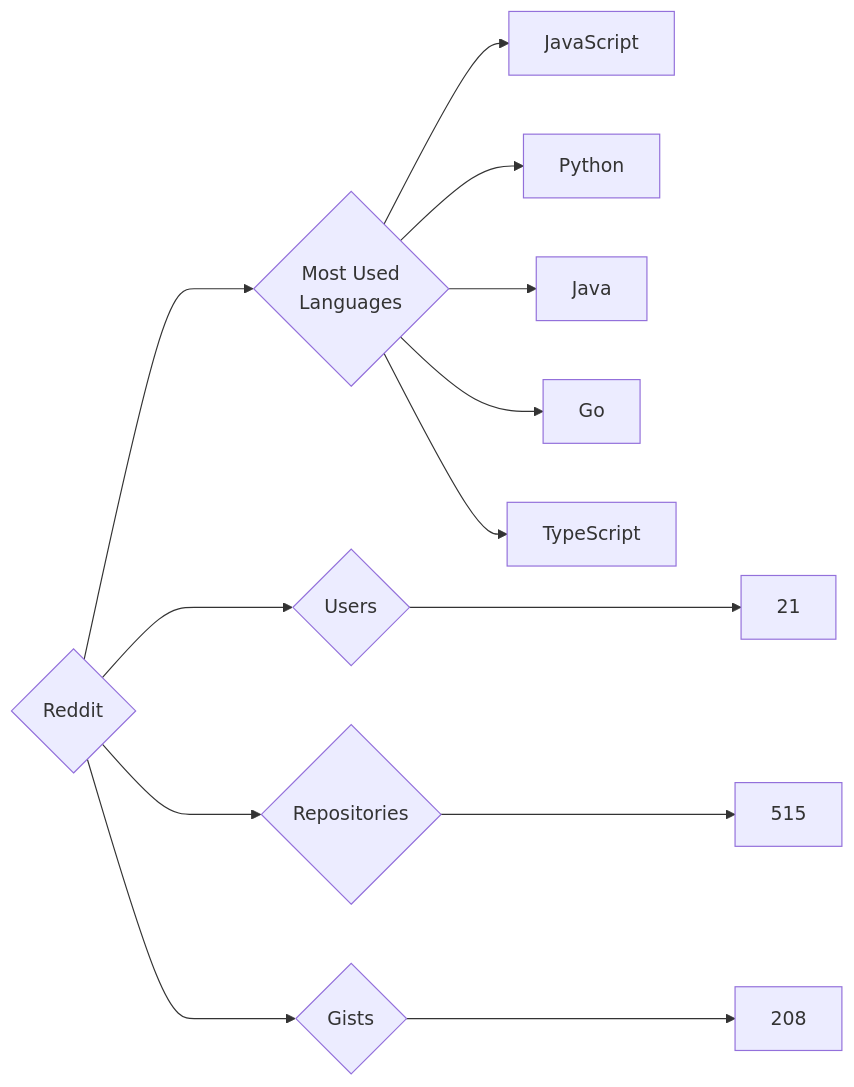
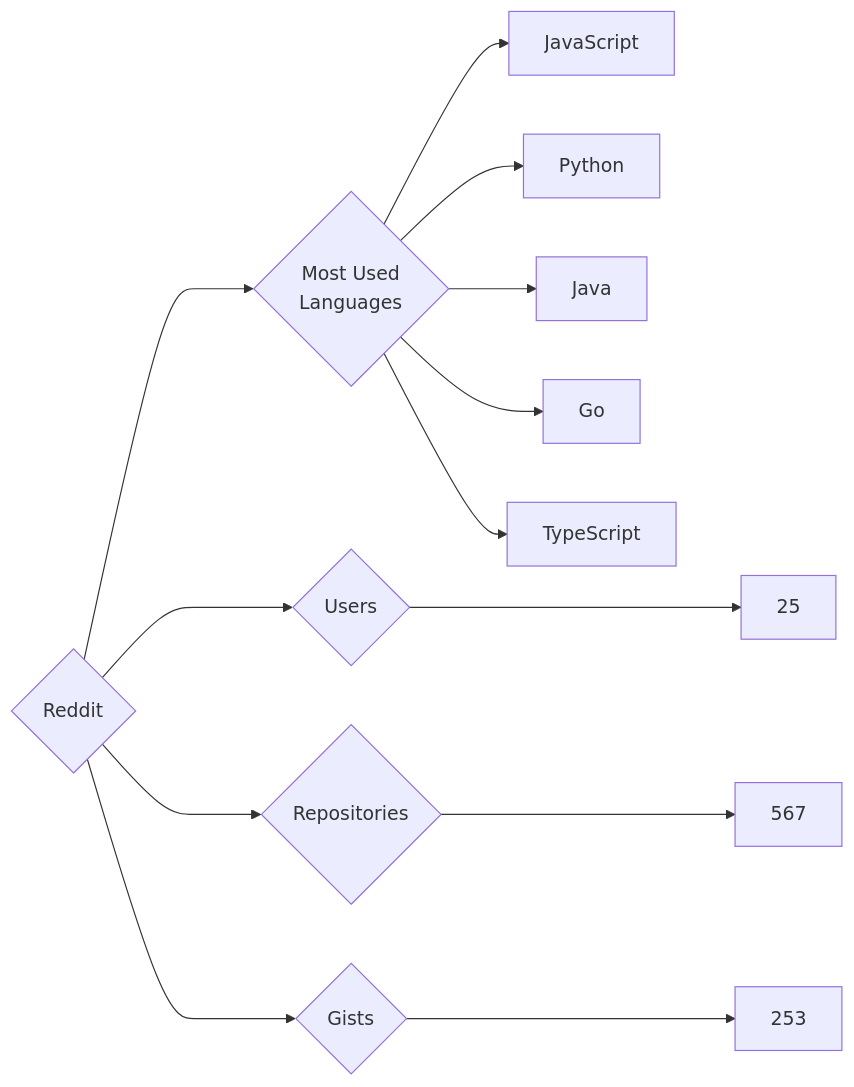
The diagram in targets/Reddit/README.md (trickest/insiders), drawn with Mermaid before and after one commit. The commit also changed 835 other files, not shown here.

````diff
--- a/targets/Reddit/README.md
+++ b/targets/Reddit/README.md
@@ -3,13 +3,13 @@
 ```mermaid
 graph LR
 COMPANY_NAME{Reddit}
-COMPANY_NAME ---> U{Users} ---> UN[21]
-COMPANY_NAME ---> R{Repositories} ---> RN[515]
-COMPANY_NAME ---> G{Gists} ---> GN[208]
+COMPANY_NAME ---> U{Users} ---> UN[25]
+COMPANY_NAME ---> R{Repositories} ---> RN[567]
+COMPANY_NAME ---> G{Gists} ---> GN[253]
 COMPANY_NAME ---> ML{Most Used<br>Languages}
 ML --> JavaScript[JavaScript]
 ML --> Python[Python]
 ML --> Java[Java]
 ML --> Go[Go]
 ML --> TypeScript[TypeScript]
 ```
````
